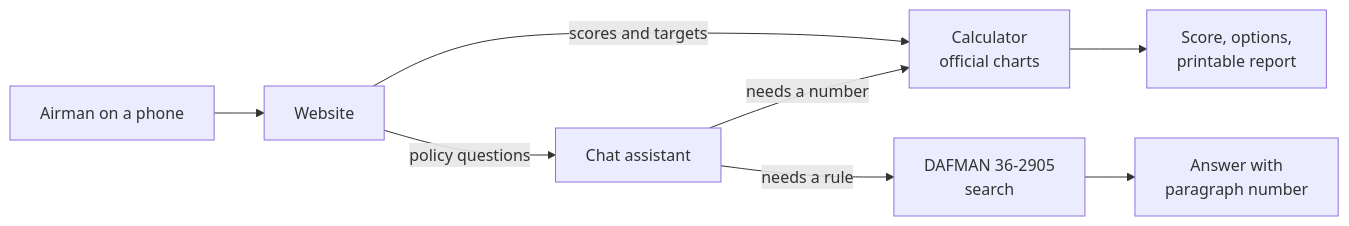
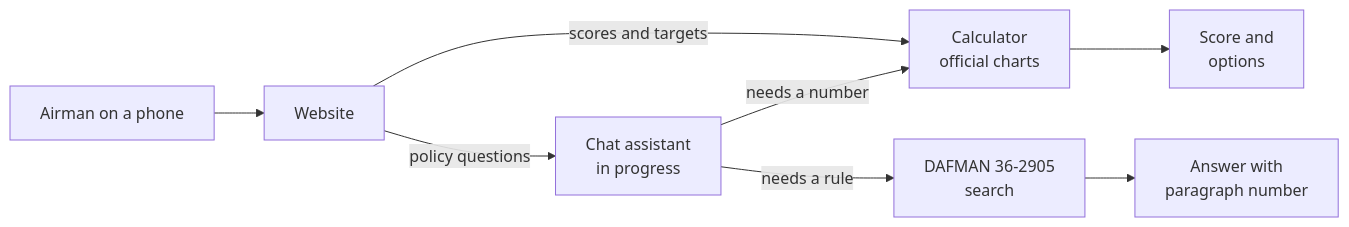
The diagram in README.md (tomtranjr/nextBracket), drawn with Mermaid before and after one commit. The commit also changed other lines of this file and 3 other files, not shown here.

````diff
--- a/README.md
+++ b/README.md
@@ -84,10 +50,10 @@
 ```mermaid
 flowchart LR
     U[Airman on a phone] --> W[Website]
     W -->|scores and targets| C[Calculator<br/>official charts]
-    W -->|policy questions| A[Chat assistant]
+    W -->|policy questions| A[Chat assistant<br/>in progress]
     A -->|needs a number| C
     A -->|needs a rule| D[DAFMAN 36-2905<br/>search]
-    C --> R[Score, options,<br/>printable report]
+    C --> R[Score and<br/>options]
     D --> Q[Answer with<br/>paragraph number]
 ```
````
